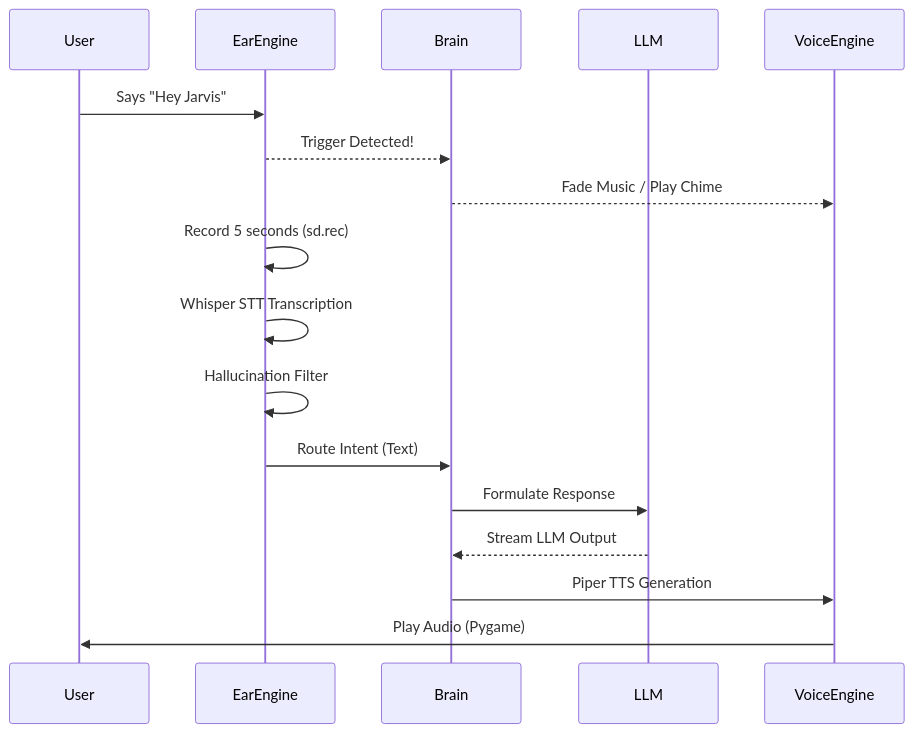
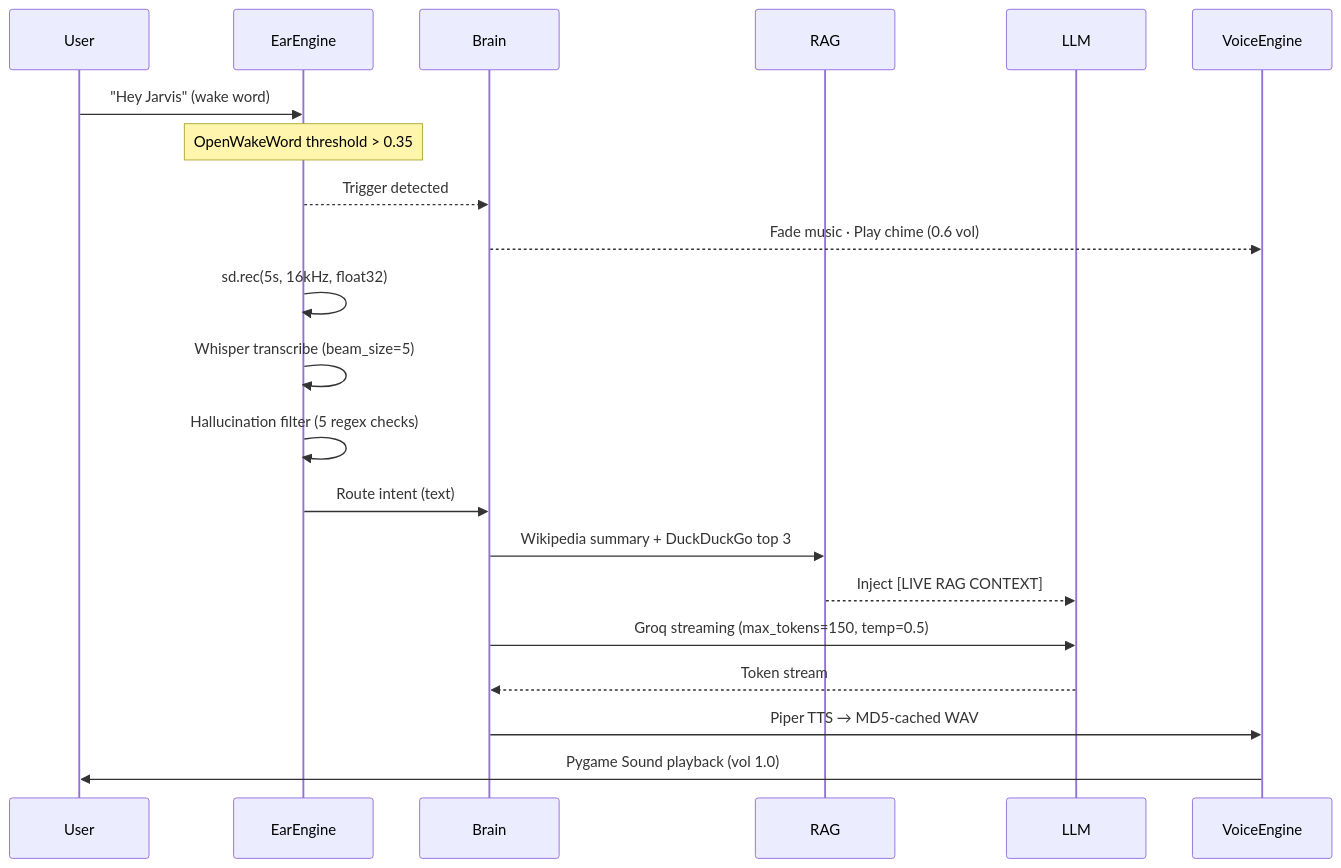
One commit to SaiSiddharthBS/Captain_AI changed the second of 3 diagrams in README.md. Above: the diagram before and after it, drawn with Mermaid. The commit also changed other lines of this file, not shown here.

Commit message:
docs: complete industrial-grade README rewrite with architecture diagrams, technical spec tables, and deployment guide

````diff
--- a/README.md
+++ b/README.md
@@ -101,20 +100,24 @@
 ```mermaid
 sequenceDiagram
     participant User
     participant EarEngine
     participant Brain
+    participant RAG
     participant LLM
     participant VoiceEngine
 
-    User->>EarEngine: Says "Hey Jarvis"
-    EarEngine-->>Brain: Trigger Detected!
-    Brain-->>VoiceEngine: Fade Music / Play Chime
-    EarEngine->>EarEngine: Record 5 seconds (sd.rec)
-    EarEngine->>EarEngine: Whisper STT Transcription
-    EarEngine->>EarEngine: Hallucination Filter
-    EarEngine->>Brain: Route Intent (Text)
-    Brain->>LLM: Formulate Response
-    LLM-->>Brain: Stream LLM Output
-    Brain->>VoiceEngine: Piper TTS Generation
-    VoiceEngine->>User: Play Audio (Pygame)
+    User->>EarEngine: "Hey Jarvis" (wake word)
+    Note over EarEngine: OpenWakeWord threshold > 0.35
+    EarEngine-->>Brain: Trigger detected
+    Brain-->>VoiceEngine: Fade music · Play chime (0.6 vol)
+    EarEngine->>EarEngine: sd.rec(5s, 16kHz, float32)
+    EarEngine->>EarEngine: Whisper transcribe (beam_size=5)
+    EarEngine->>EarEngine: Hallucination filter (5 regex checks)
+    EarEngine->>Brain: Route intent (text)
+    Brain->>RAG: Wikipedia summary + DuckDuckGo top 3
+    RAG-->>LLM: Inject [LIVE RAG CONTEXT]
+    Brain->>LLM: Groq streaming (max_tokens=150, temp=0.5)
+    LLM-->>Brain: Token stream
+    Brain->>VoiceEngine: Piper TTS → MD5-cached WAV
+    VoiceEngine->>User: Pygame Sound playback (vol 1.0)
 ```
````
